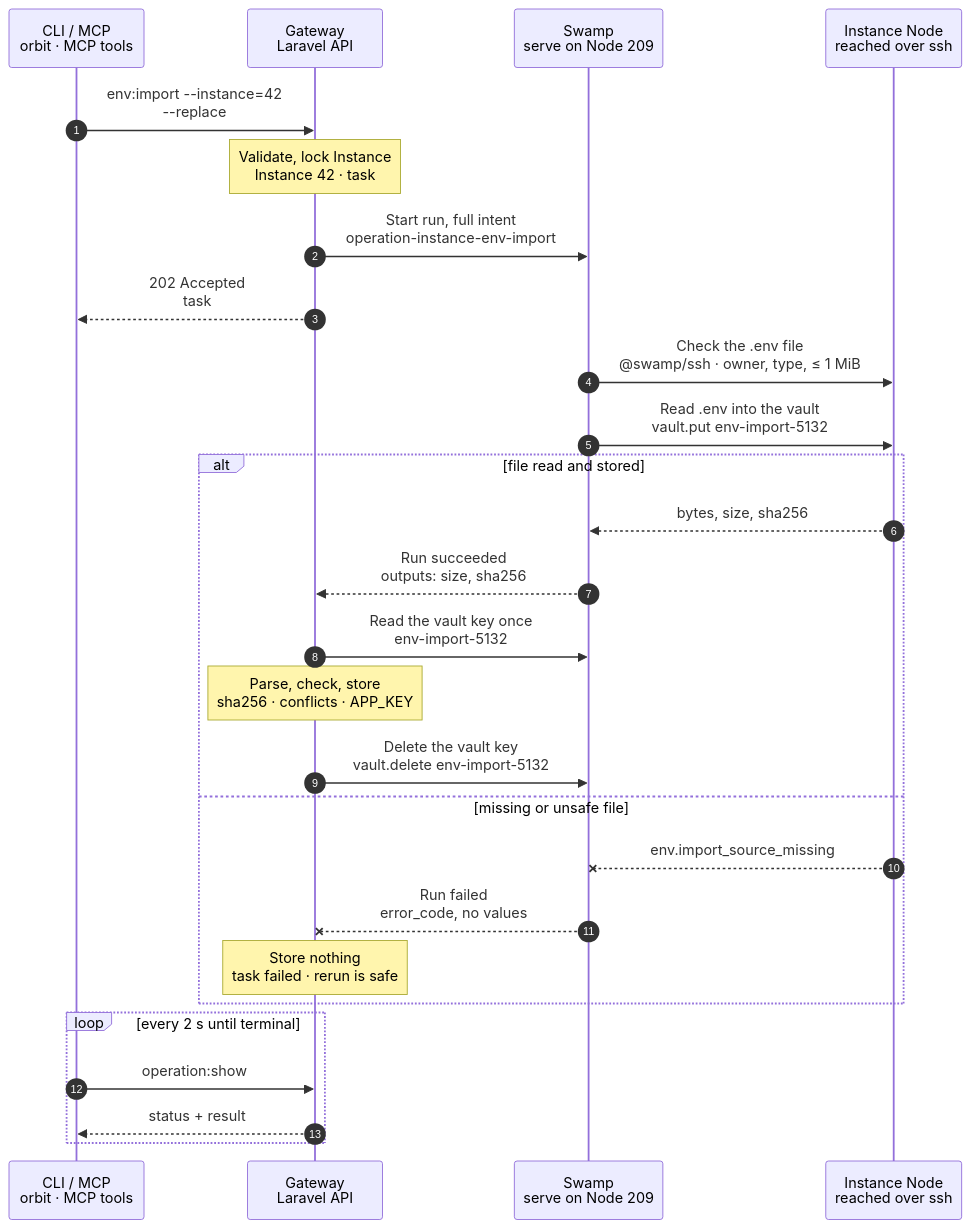
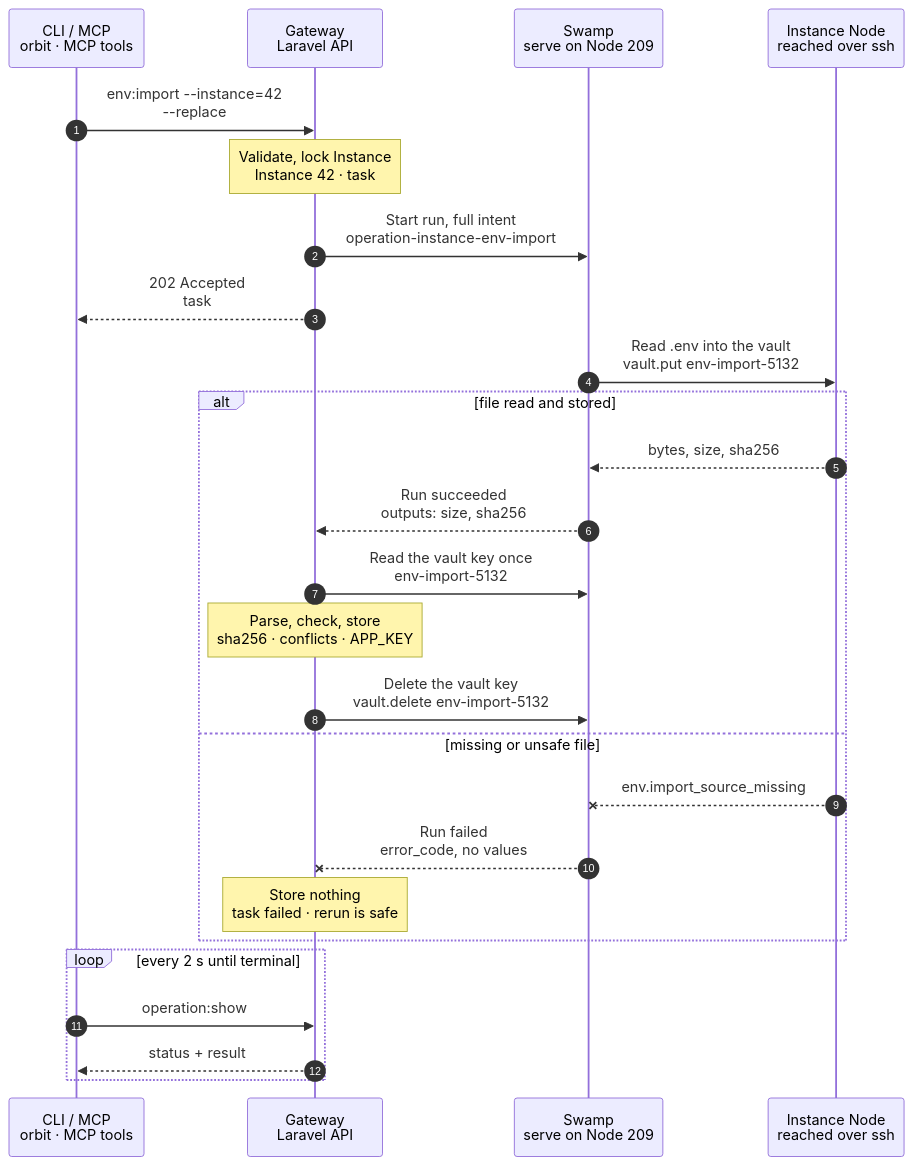
The diagram in docs/cli/env/import.mmd (hardimpactdev/orbit), drawn with Mermaid before and after one commit.

Commit message:
docs(cli): tighten instance.env_import chart

```diff
--- a/docs/cli/env/import.mmd
+++ b/docs/cli/env/import.mmd
@@ -1,117 +1,114 @@
 sequenceDiagram
   %% Target design: ADR 0244 task, R2-R4, orbit-gateway-renders-create-env (Gateway owns .env), DECISIONS instance.env_import (vault key env-import-<operation_id>, read once, overwritten empty; retire agent command instance.read-environment). docs/reference/environment-variables.md#import.
+  %% Tightened: flow-tighten 2026-11-02, rules 6, 16 (file check folded into the read).
   %% status: draft
   %% command: env:import
   %% kind: instance.env_import
   autonumber
   %% lane CLI icon=terminal pill=caller tone=gray
   %% lane GW icon=gateway pill=intent tone=blue
   %% lane SW icon=workflow pill=executes tone=green
   %% lane N icon=server pill=target tone=amber
   participant CLI as CLI / MCP<br/>orbit · MCP tools
   participant GW as Gateway<br/>Laravel API
   participant SW as Swamp<br/>serve on Node 209
   participant N as Instance Node<br/>reached over ssh
   CLI->>GW: env:import --instance=42<br/>--replace
   %%> Command:
   %%> - `orbit env:import --instance=42 --replace`
   %%> - syntax: `env:import --instance=SELECTOR [--replace] [--json]`
   %%> Input:
   %%> - the Instance: a numeric Instance ID or the exact domain of its Route
   %%> - optional `--replace`: file values replace stored keys with the same name
   %%> Who can call it:
   %%> - the `orbit` CLI and the MCP tool send the same request
   %%> When to use it:
   %%> - to adopt the `.env` of a registered checkout, or keys that someone added on the Node
   %%> - this is the one place where environment values come from a Node
   Note over GW: Validate, lock Instance<br/>Instance 42 · task #5132
   %%> Requirements:
   %%> - your Node has an access grant to Node 12, the Node of Instance 42
   %%> - Instance 42 is active, with complete placement, and Node 12 is active
   %%> - no other task holds Instance 42; the Gateway holds one lock per Instance and waits briefly for a busy one
   %%> Result:
   %%> - task #5132 recorded with the full intent and the `--replace` choice
   %%> - nothing has happened on the Node yet
   GW->>SW: Start run, full intent<br/>operation-instance-env-import
   %%> What it does:
   %%> - starts one Swamp run on serve (Node 209)
   %%> Inputs:
   %%> - Node 12's address and SSH host keys; the SSH identity comes from the `swamp` role
   %%> - the account and the `.env` path from the Instance's placement; the caller cannot choose them
   %%> - the vault key to write: `env-import-5132`
   GW-->>CLI: 202 Accepted<br/>task #5132
   %%> What you get:
   %%> - the task number, at once
   %%> Next:
   %%> - the CLI follows the task with `operation:show`
-  SW->>N: Check the .env file<br/>@swamp/ssh · owner, type, ≤ 1 MiB
+  SW->>N: Read .env into the vault<br/>vault.put env-import-5132
   %%> How:
   %%> - Swamp reaches Node 12 over SSH from 209 with the official `@swamp/ssh` behavior
   %%> What it does:
-  %%> - checks the account, the path, the file type and the owner, without following a link
-  %%> - checks the size: at most 1 MiB
-  %%> Not included:
+  %%> - reads the raw bytes of `.env` as the Instance account, without following a link, and puts them in the vault key `env-import-5132`
+  %%> - refuses a file that is not a regular file or is larger than 1 MiB (`env.import_source_missing` for no file)
   %%> - never reads `.env.example`
-  SW->>N: Read .env into the vault<br/>vault.put env-import-5132
-  %%> What it does:
-  %%> - reads the raw bytes of `.env` and puts them in the vault key `env-import-5132`
   %%> - changes nothing on the Node
   %%> Why the vault:
   %%> - values are secrets; they never enter run inputs, outputs or logs
   %%> Not included:
   %%> - parses nothing; the Gateway owns the import rules
   alt file read and stored
     N-->>SW: bytes, size, sha256
     %%> Returns:
     %%> - to the step only; the bytes go to the vault, not to the run outputs
     SW-->>GW: Run succeeded<br/>outputs: size, sha256
     %%> How the Gateway learns it:
     %%> - its shared run reader sees the terminal event; Swamp never calls the Gateway
     %%> Outputs:
     %%> - the file size and its sha256, no values
     GW->>SW: Read the vault key once<br/>env-import-5132
     %%> What it does:
     %%> - reads the bytes from Swamp's vault on Node 209, once
     %%> Why:
     %%> - this is the only direction change of R3: the values flow Node → vault → Gateway
     Note over GW: Parse, check, store<br/>sha256 · conflicts · APP_KEY
     %%> What it does:
     %%> - checks the sha256 against the run output
     %%> - parses the file as phpdotenv does: quotes, escapes, multiline values, expansion within the file
     %%> - Laravel: stores `APP_URL` as `https://{{instance.domain}}`; an empty `APP_KEY` reuses the stored key or gets a new one
     %%> Result:
     %%> - the keys are stored encrypted; task #5132 succeeds with `changed` and the key count
     %%> - without `--replace`, a key that is already stored stores nothing and fails the task (`env.import_conflict`)
     %%> - a duplicate key or invalid syntax stores nothing (`env.configuration_invalid`)
     %%> Not included:
     %%> - the file on the Node stays the same; run `env:sync` to write it
     GW->>SW: Delete the vault key<br/>vault.delete env-import-5132
     %%> What it does:
     %%> - deletes the vault key with the native `vault.delete` frame, also after a refused import
     %%> Why:
     %%> - the key held the file's values; nothing keeps them after the import
   else missing or unsafe file
     N--xSW: env.import_source_missing
     %%> When:
     %%> - the file is missing, a link, owned by another user, or over 1 MiB
     %%> - SSH fails
     SW--xGW: Run failed<br/>error_code, no values
     %%> The Gateway reads:
     %%> - which step failed and its error code
     Note over GW: Store nothing<br/>task failed · rerun is safe
     %%> Result:
     %%> - stored configuration stays as it was
     %%> - task #5132 fails
     %%> On the Node:
     %%> - nothing changed
     %%> Retry:
     %%> - fix or restore the file, then run `env:import` again; it is a new task
   end
   loop every 2 s until terminal
     CLI->>GW: operation:show #5132
     %%> What it does:
     %%> - asks for the task's status every 2 seconds until it has ended
     GW-->>CLI: status + result
     %%> Returns:
     %%> - the current status, and the result once the task has ended
   end
```
